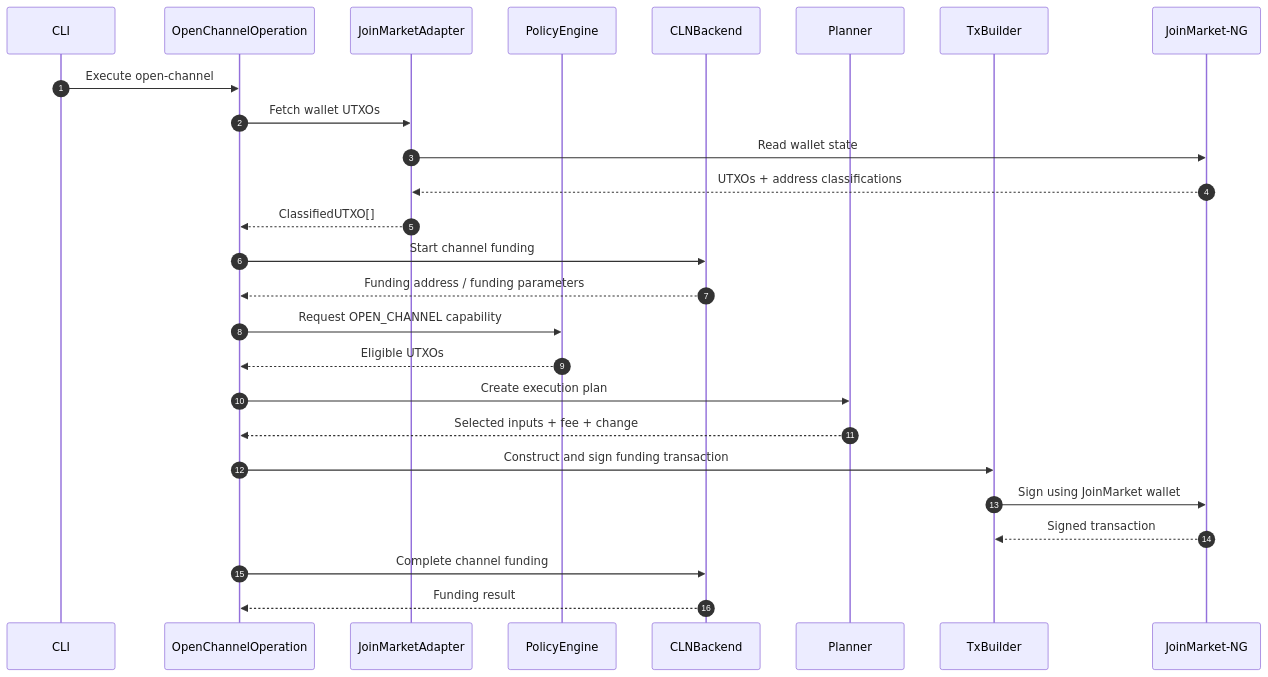
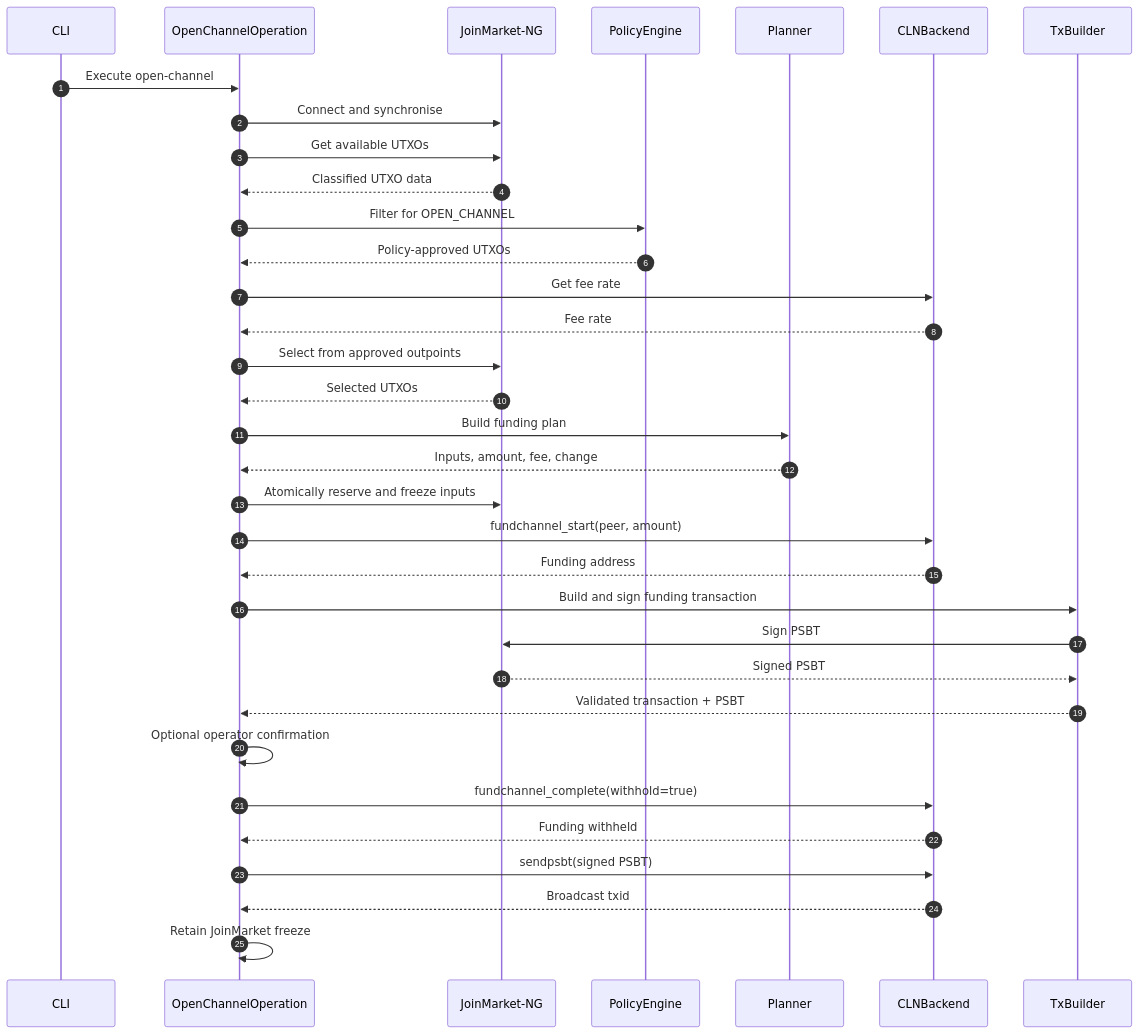
The second of 2 diagrams in README.md (aido/jmlightning), drawn with Mermaid before and after one commit. The commit also changed other lines of this file, not shown here.

````diff
--- a/README.md
+++ b/README.md
@@ -167,35 +270,37 @@
 ```mermaid
 sequenceDiagram
     autonumber
-
-    participant CLI as CLI
+    participant CLI
     participant OP as OpenChannelOperation
-    participant JMA as JoinMarketAdapter
-    participant PE as PolicyEngine
+    participant JM as JoinMarket-NG
+    participant P as PolicyEngine
+    participant PL as Planner
     participant CLN as CLNBackend
-    participant P as Planner
     participant TX as TxBuilder
-    participant JM as JoinMarket-NG
 
     CLI->>OP: Execute open-channel
-    OP->>JMA: Fetch wallet UTXOs
-    JMA->>JM: Read wallet state
-    JM-->>JMA: UTXOs + address classifications
-    JMA-->>OP: ClassifiedUTXO[]
-
-    OP->>CLN: Start channel funding
-    CLN-->>OP: Funding address / funding parameters
-
-    OP->>PE: Request OPEN_CHANNEL capability
-    PE-->>OP: Eligible UTXOs
-
-    OP->>P: Create execution plan
-    P-->>OP: Selected inputs + fee + change
-
-    OP->>TX: Construct and sign funding transaction
-    TX->>JM: Sign using JoinMarket wallet
-    JM-->>TX: Signed transaction
-
-    OP->>CLN: Complete channel funding
-    CLN-->>OP: Funding result
+    OP->>JM: Connect and synchronise
+    OP->>JM: Get available UTXOs
+    JM-->>OP: Classified UTXO data
+    OP->>P: Filter for OPEN_CHANNEL
+    P-->>OP: Policy-approved UTXOs
+    OP->>CLN: Get fee rate
+    CLN-->>OP: Fee rate
+    OP->>JM: Select from approved outpoints
+    JM-->>OP: Selected UTXOs
+    OP->>PL: Build funding plan
+    PL-->>OP: Inputs, amount, fee, change
+    OP->>JM: Atomically reserve and freeze inputs
+    OP->>CLN: fundchannel_start(peer, amount)
+    CLN-->>OP: Funding address
+    OP->>TX: Build and sign funding transaction
+    TX->>JM: Sign PSBT
+    JM-->>TX: Signed PSBT
+    TX-->>OP: Validated transaction + PSBT
+    OP->>OP: Optional operator confirmation
+    OP->>CLN: fundchannel_complete(withhold=true)
+    CLN-->>OP: Funding withheld
+    OP->>CLN: sendpsbt(signed PSBT)
+    CLN-->>OP: Broadcast txid
+    OP->>OP: Retain JoinMarket freeze
 ```
````
